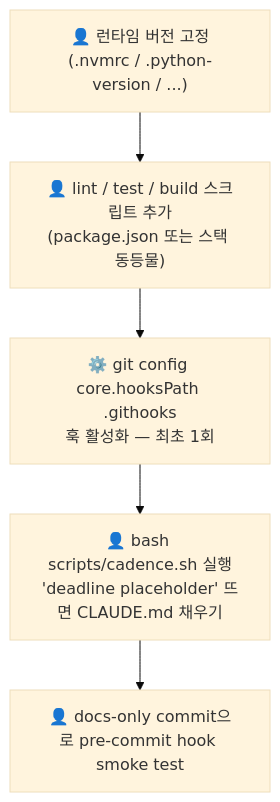
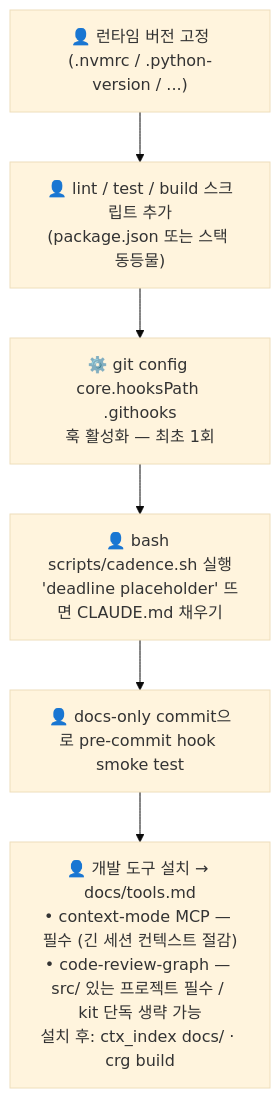
One commit to JayKim88/craft-kit changed the second of 7 diagrams in docs/GUIDE.md. Above: the diagram before and after it, drawn with Mermaid (base theme). The commit also changed other lines of this file and 3 other files, not shown here.

First line of the commit message:
feat(kit): integrate context-mode and code-review-graph as required tools [§-]

````diff
--- a/docs/GUIDE.md
+++ b/docs/GUIDE.md
@@ -47,10 +47,11 @@
 ```mermaid
 flowchart TD
     B1["👤 런타임 버전 고정\n(.nvmrc / .python-version / ...)"]
     B2["👤 lint / test / build 스크립트 추가\n(package.json 또는 스택 동등물)"]
     B3["⚙️ git config core.hooksPath .githooks\n훅 활성화 — 최초 1회"]
     B4["👤 bash scripts/cadence.sh 실행\n'deadline placeholder' 뜨면 CLAUDE.md 채우기"]
     B5["👤 docs-only commit으로 pre-commit hook smoke test"]
+    B6["👤 개발 도구 설치 → docs/tools.md\n• context-mode MCP — 필수 (긴 세션 컨텍스트 절감)\n• code-review-graph — src/ 있는 프로젝트 필수 / kit 단독 생략 가능\n설치 후: ctx_index docs/ · crg build"]
 
-    B1 --> B2 --> B3 --> B4 --> B5
+    B1 --> B2 --> B3 --> B4 --> B5 --> B6
 ```
````
